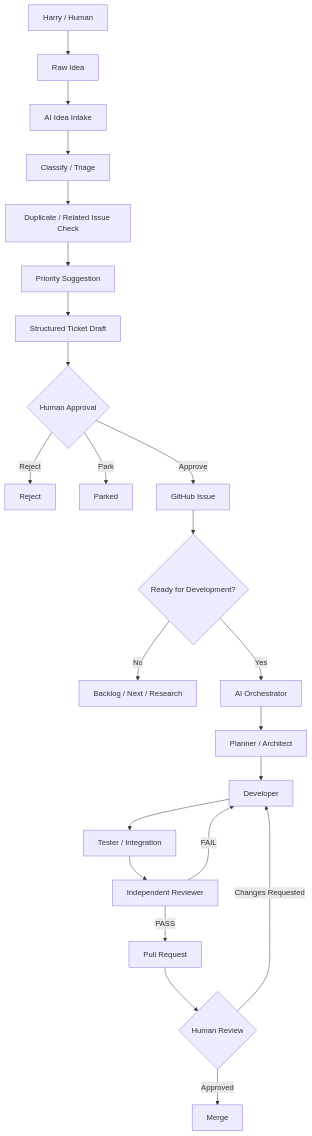
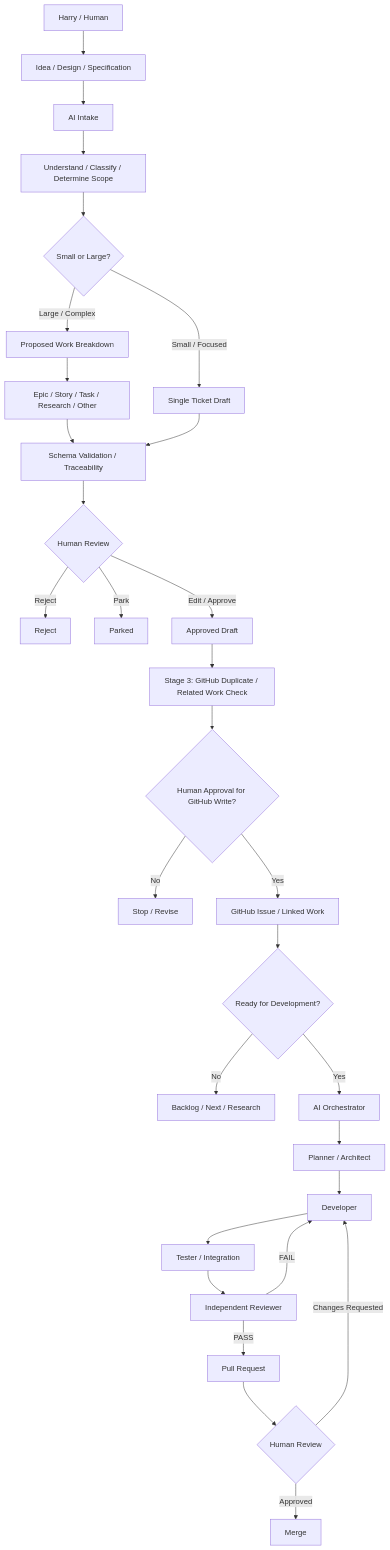
One commit to dawnluma/ai-dev-workflow changed the first of 15 diagrams in README.md. Above: the diagram before and after it, drawn with Mermaid. The commit also changed other lines of this file and 13 other files, not shown here.

Commit message:
Update Stage 2 plan in progress for review

````diff
--- a/README.md
+++ b/README.md
@@ -168,30 +199,40 @@
 ```mermaid
 flowchart TD
-    A[Harry / Human] --> B[Raw Idea]
-    B --> C[AI Idea Intake]
-    C --> D[Classify / Triage]
-    D --> E[Duplicate / Related Issue Check]
-    E --> F[Priority Suggestion]
-    F --> G[Structured Ticket Draft]
-    G --> H{Human Approval}
+    A[Harry / Human] --> B[Idea / Design / Specification]
+    B --> C[AI Intake]
+    C --> D[Understand / Classify / Determine Scope]
+    D --> E{Small or Large?}
 
-    H -->|Reject| I[Reject]
-    H -->|Park| J[Parked]
-    H -->|Approve| K[GitHub Issue]
+    E -->|Small / Focused| F[Single Ticket Draft]
+    E -->|Large / Complex| G[Proposed Work Breakdown]
 
-    K --> L{Ready for Development?}
-    L -->|No| M[Backlog / Next / Research]
-    L -->|Yes| N[AI Orchestrator]
+    G --> G1[Epic / Story / Task / Research / Other]
+    G1 --> H[Schema Validation / Traceability]
+    F --> H
 
-    N --> O[Planner / Architect]
-    O --> P[Developer]
-    P --> Q[Tester / Integration]
-    Q --> R[Independent Reviewer]
+    H --> I{Human Review}
+    I -->|Reject| J[Reject]
+    I -->|Park| K[Parked]
+    I -->|Edit / Approve| L[Approved Draft]
 
-    R -->|FAIL| P
-    R -->|PASS| S[Pull Request]
+    L --> M[Stage 3: GitHub Duplicate / Related Work Check]
+    M --> N{Human Approval for GitHub Write?}
+    N -->|No| O[Stop / Revise]
+    N -->|Yes| P[GitHub Issue / Linked Work]
 
-    S --> T{Human Review}
-    T -->|Changes Requested| P
-    T -->|Approved| U[Merge]
+    P --> Q{Ready for Development?}
+    Q -->|No| R[Backlog / Next / Research]
+    Q -->|Yes| S[AI Orchestrator]
+
+    S --> T[Planner / Architect]
+    T --> U[Developer]
+    U --> V[Tester / Integration]
+    V --> W[Independent Reviewer]
+
+    W -->|FAIL| U
+    W -->|PASS| X[Pull Request]
+
+    X --> Y{Human Review}
+    Y -->|Changes Requested| U
+    Y -->|Approved| Z[Merge]
 ```
````
